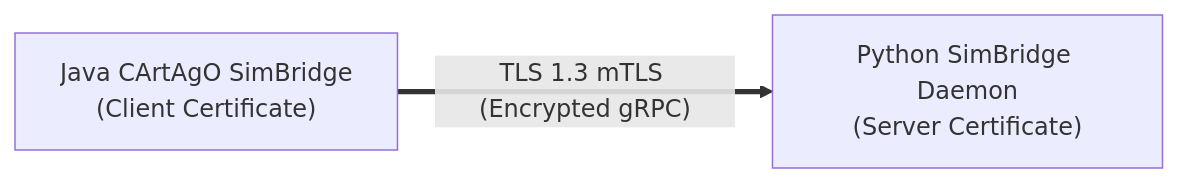
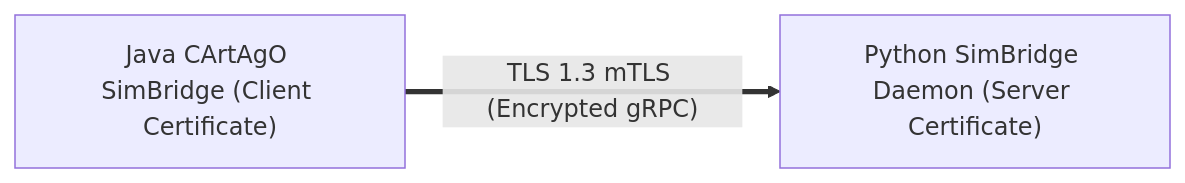
The diagram in docs/operations-and-dev/security-mtls.md (utczbr/Matrix_Factory), drawn with Mermaid before and after one commit. The commit also changed 26 other files, not shown here.

Commit message:
fix(docs): resolve Mermaid syntax warnings and clean LaTeX math parsing across all pages

````diff
--- a/docs/operations-and-dev/security-mtls.md
+++ b/docs/operations-and-dev/security-mtls.md
@@ -11,4 +11,4 @@
 ```mermaid
 graph LR
-    JVM["Java CArtAgO SimBridge<br>(Client Certificate)"] == "TLS 1.3 mTLS (Encrypted gRPC)" ==> DAEMON["Python SimBridge Daemon<br>(Server Certificate)"]
+    JVM["Java CArtAgO SimBridge (Client Certificate)"] == "TLS 1.3 mTLS (Encrypted gRPC)" ==> DAEMON["Python SimBridge Daemon (Server Certificate)"]
 ```
````
